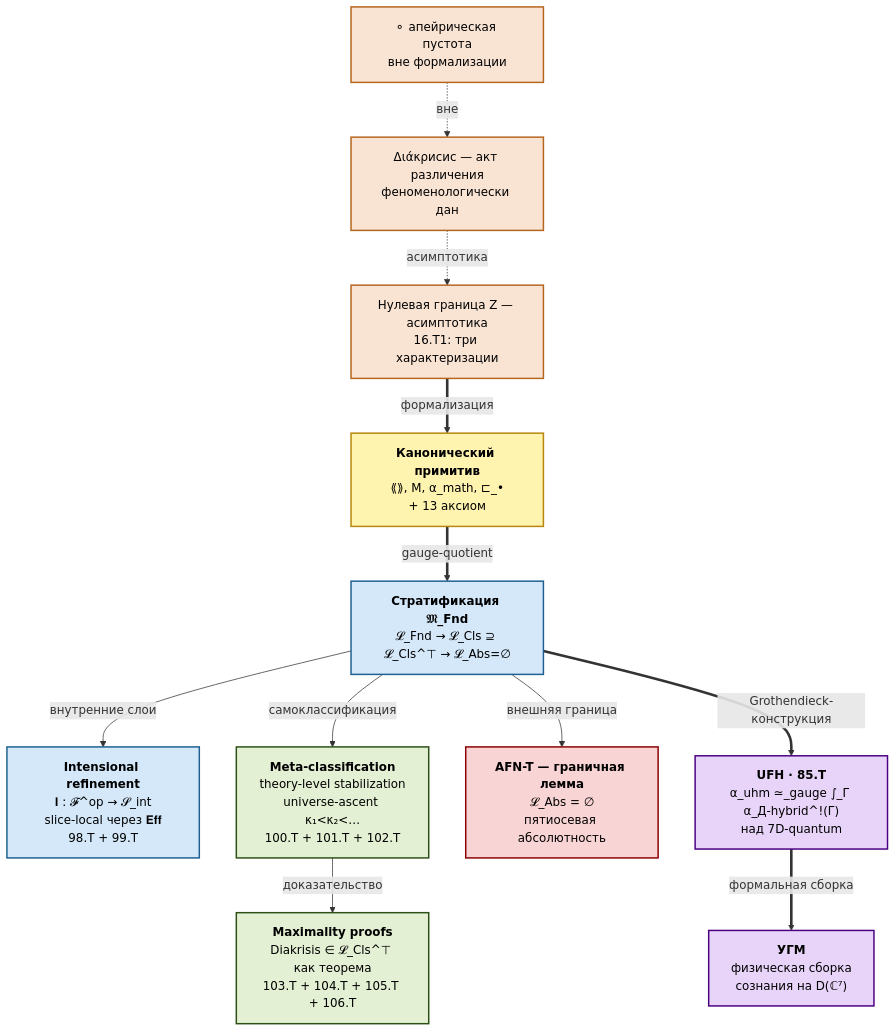
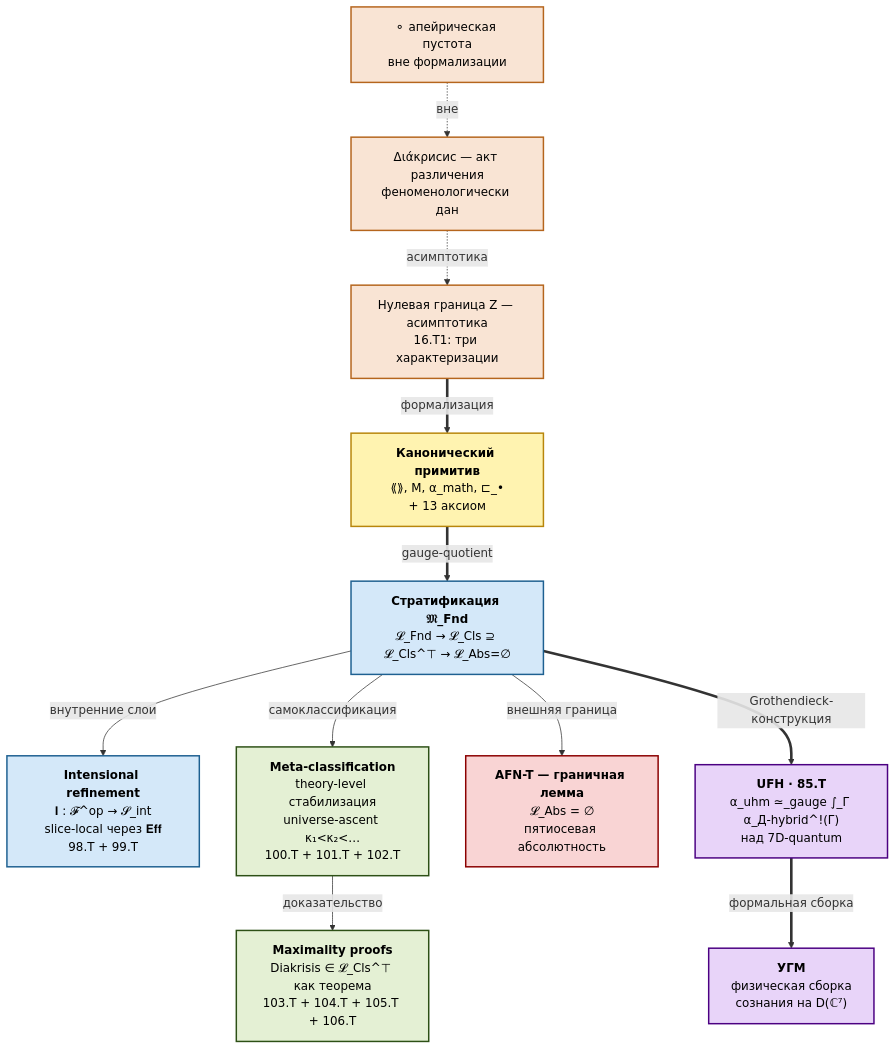
One commit to gst-st/diakrisis changed the first of 7 diagrams in docs/intro.md. Above: the diagram before and after it, drawn with Mermaid. The commit also changed other lines of this file and 45 other files, not shown here.

````diff
--- a/docs/intro.md
+++ b/docs/intro.md
@@ -17,34 +17,34 @@
 ```mermaid
 flowchart TB
     classDef phen fill:#f9e4d4,stroke:#b5651d,stroke-width:2px,color:#000
     classDef prim fill:#fff3b0,stroke:#b8860b,stroke-width:2px,color:#000
     classDef struct fill:#d4e8f9,stroke:#1e6091,stroke-width:2px,color:#000
     classDef meta fill:#e4f0d4,stroke:#2d5016,stroke-width:2px,color:#000
     classDef bound fill:#f9d4d4,stroke:#8b0000,stroke-width:2px,color:#000
     classDef asm fill:#e8d4f9,stroke:#4b0082,stroke-width:2px,color:#000
 
     APEIRON["⚬ апейрическая пустота<br/>вне формализации"]:::phen
     DIAKRISIS["Διάκρисис — акт различения<br/>феноменологически дан"]:::phen
     Z["Нулевая граница Z — асимптотика<br/>16.T1: три характеризации"]:::phen
 
     PRIM["<b>Канонический примитив</b><br/>⟪⟫, 𝖬, α_math, ⊏_•<br/>+ 13 аксиом"]:::prim
     STRAT["<b>Стратификация 𝔐_Fnd</b><br/>𝓛_Fnd → 𝓛_Cls ⊇ 𝓛_Cls^⊤ → 𝓛_Abs=∅"]:::struct
     INT["<b>Intensional refinement</b><br/>𝐈 : 𝓕^op → 𝓢_int<br/>slice-local через 𝐄𝐟𝐟<br/>98.T + 99.T"]:::struct
-    META["<b>Meta-classification</b><br/>theory-level stabilization<br/>universe-ascent κ₁&lt;κ₂&lt;…<br/>100.T + 101.T + 102.T"]:::meta
+    META["<b>Meta-classification</b><br/>theory-level стабилизация<br/>universe-ascent κ₁&lt;κ₂&lt;…<br/>100.T + 101.T + 102.T"]:::meta
     MAX["<b>Maximality proofs</b><br/>Diakrisis ∈ 𝓛_Cls^⊤ как теорема<br/>103.T + 104.T + 105.T + 106.T"]:::meta
 
     BOUND["<b>AFN-T — граничная лемма</b><br/>𝓛_Abs = ∅<br/>пятиосевая абсолютность"]:::bound
     UFH["<b>UFH · 85.T</b><br/>α_uhm ≃_gauge ∫_Γ α_Д-hybrid^!(Γ)<br/>над 7D-quantum"]:::asm
     UHM["<b>УГМ</b><br/>физическая сборка<br/>сознания на D(ℂ⁷)"]:::asm
 
     APEIRON -.->|вне| DIAKRISIS
     DIAKRISIS -.->|асимптотика| Z
     Z ==>|формализация| PRIM
     PRIM ==>|gauge-quotient| STRAT
     STRAT -->|внутренние слои| INT
     STRAT -->|самоклассификация| META
     META -->|доказательство| MAX
     STRAT -->|внешняя граница| BOUND
     STRAT ==>|Grothendieck-конструкция| UFH
     UFH ==>|формальная сборка| UHM
 ```
````
